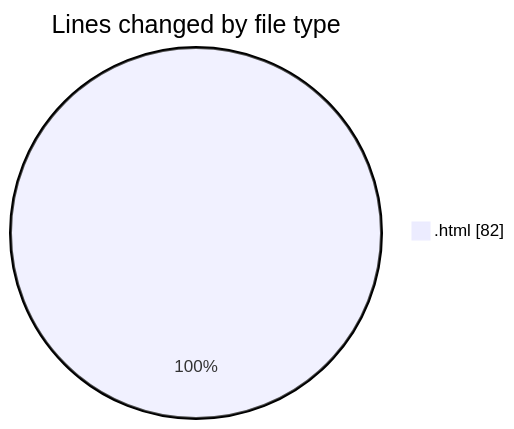
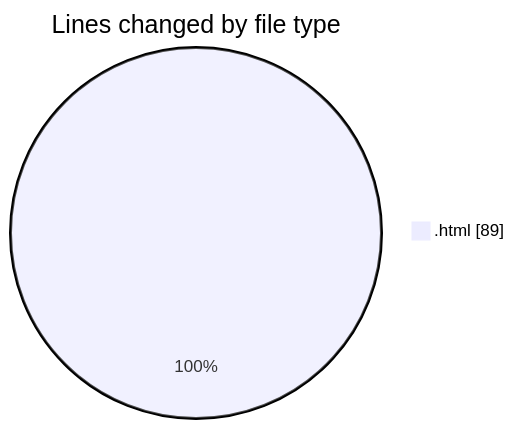
The first of 2 diagrams in 2025-10-24/javacript/README.md (nxtqubesakshisongat/code-tracking), drawn with Mermaid before and after one commit. The commit also changed other lines of this file and 1 other file, not shown here.

````diff
--- a/2025-10-24/javacript/README.md
+++ b/2025-10-24/javacript/README.md
@@ -20,5 +20,5 @@
 ```mermaid
 pie showData
 title Lines changed by file type
-".html" : 82
+".html" : 89
 ```
````
